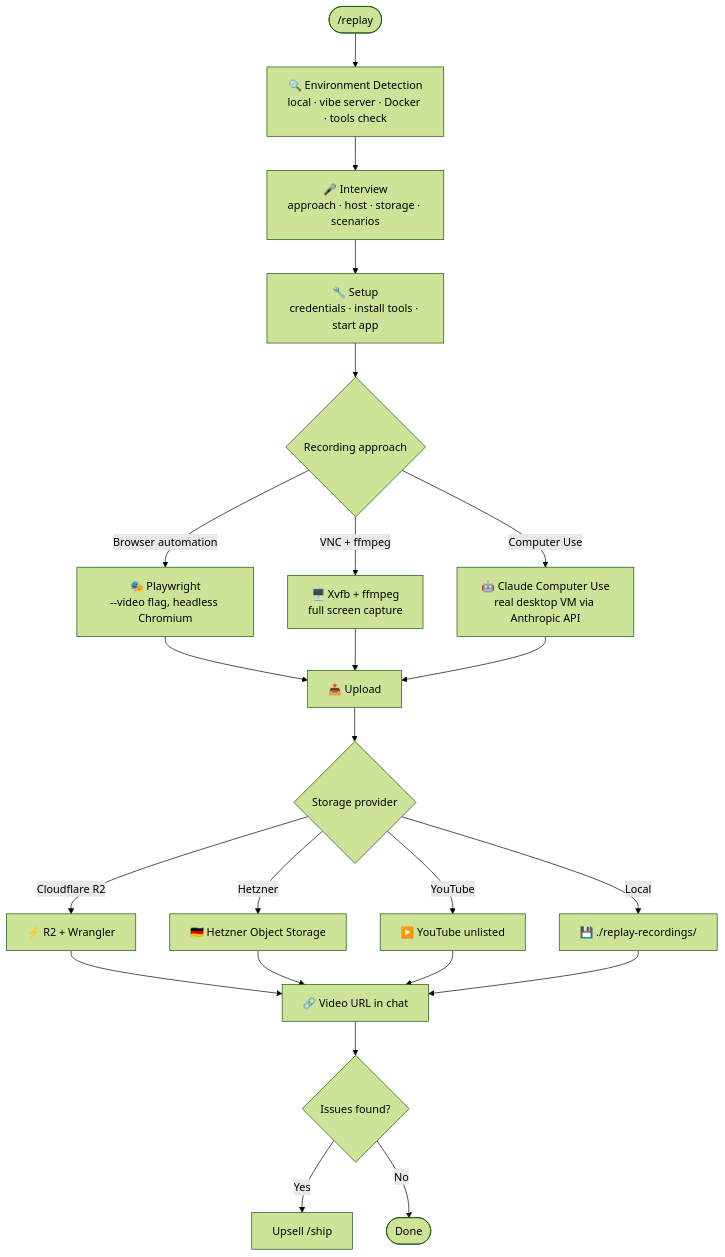
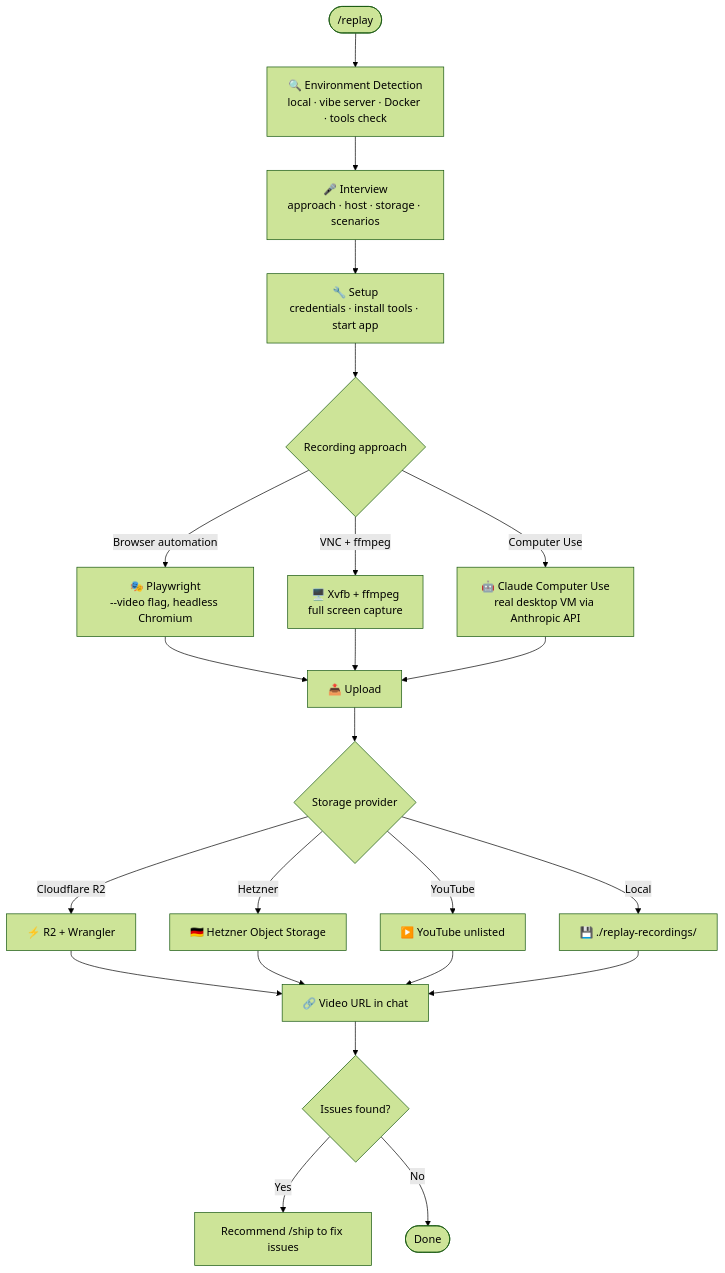
One commit to amajorai/replay.md changed the diagram in README.md. Above: the diagram before and after it, drawn with Mermaid (forest theme). The commit also changed other lines of this file, not shown here.

Commit message:
docs: replace upsell language with recommend in README

````diff
--- a/README.md
+++ b/README.md
@@ -30,20 +30,20 @@
 ```mermaid
 flowchart TD
     A(["/replay"]) --> B["🔍 Environment Detection\nlocal · vibe server · Docker · tools check"]
     B --> C["🎤 Interview\napproach · host · storage · scenarios"]
     C --> D["🔧 Setup\ncredentials · install tools · start app"]
     D --> E{Recording approach}
     E -->|Browser automation| F["🎭 Playwright\n--video flag, headless Chromium"]
     E -->|VNC + ffmpeg| G["🖥️ Xvfb + ffmpeg\nfull screen capture"]
     E -->|Computer Use| H["🤖 Claude Computer Use\nreal desktop VM via Anthropic API"]
     F & G & H --> I["📤 Upload"]
     I --> J{Storage provider}
     J -->|Cloudflare R2| K["⚡ R2 + Wrangler"]
     J -->|Hetzner| L["🇩🇪 Hetzner Object Storage"]
     J -->|YouTube| M["▶️ YouTube unlisted"]
     J -->|Local| N["💾 ./replay-recordings/"]
     K & L & M & N --> O["🔗 Video URL in chat"]
     O --> P{Issues found?}
-    P -->|Yes| Q["Upsell /ship"]
+    P -->|Yes| Q["Recommend /ship to fix issues"]
     P -->|No| R([Done])
 ```
````
